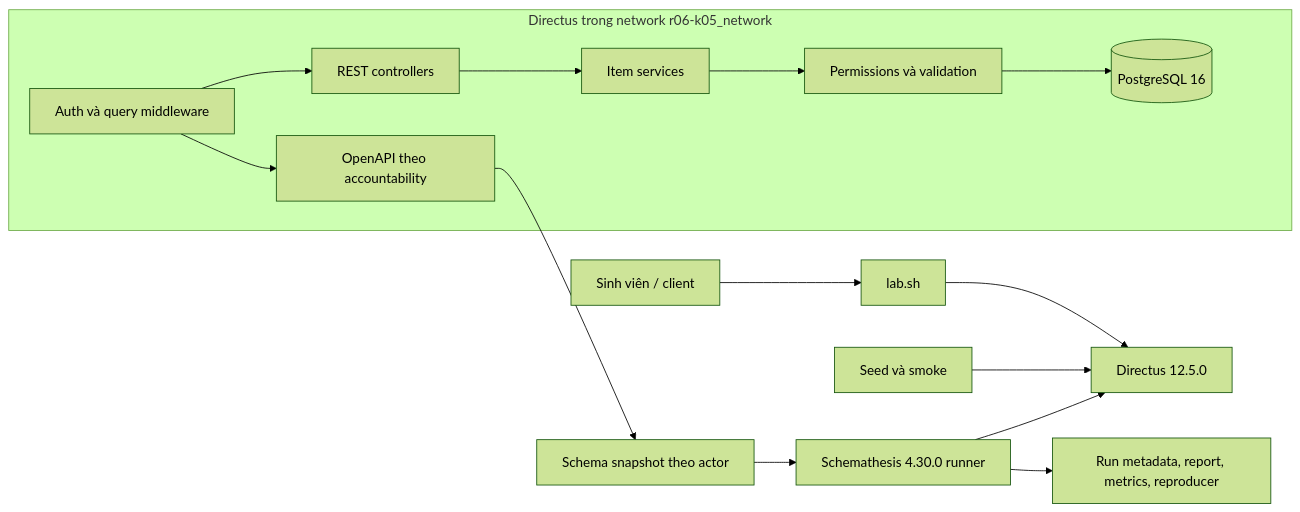
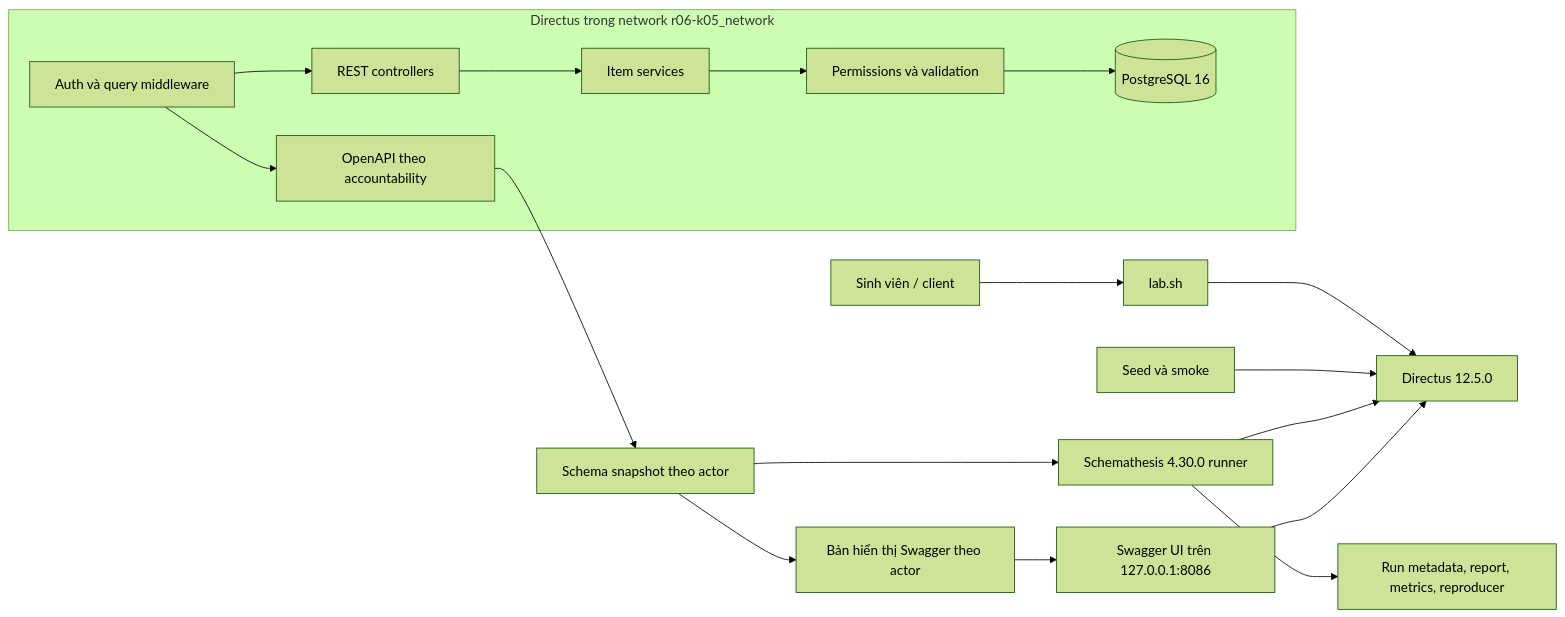
The diagram in docs/architecture.md (minnhi09/Directus-Testing), drawn with Mermaid (forest theme) before and after one commit. The commit also changed other lines of this file and 7 other files, not shown here.

Commit message:
feat: add Swagger UI for actor OpenAPI schemas

````diff
--- a/docs/architecture.md
+++ b/docs/architecture.md
@@ -3,19 +3,22 @@
 ```mermaid
 flowchart LR
     U["Sinh viên / client"] --> L["lab.sh"]
     L --> D["Directus 12.5.0"]
     S["Seed và smoke"] --> D
     T["Schemathesis 4.30.0 runner"] --> D
 
     subgraph API["Directus trong network r06-k05_network"]
         D1["Auth và query middleware"] --> D2["REST controllers"]
         D2 --> D3["Item services"]
         D3 --> D4["Permissions và validation"]
         D4 --> DB[("PostgreSQL 16")]
         D1 --> O["OpenAPI theo accountability"]
     end
 
     O --> F["Schema snapshot theo actor"]
     F --> T
+    F --> V["Bản hiển thị Swagger theo actor"]
+    V --> W["Swagger UI trên 127.0.0.1:8086"]
+    W --> D
     T --> R["Run metadata, report, metrics, reproducer"]
 ```
````
